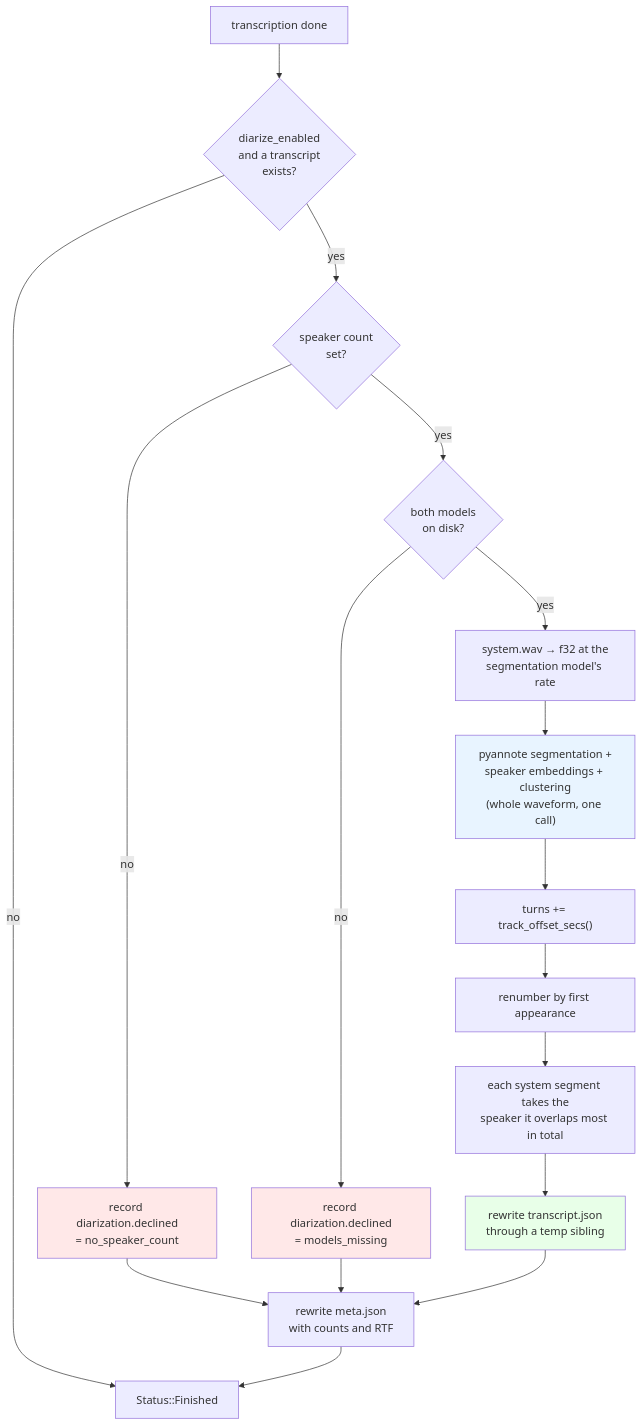
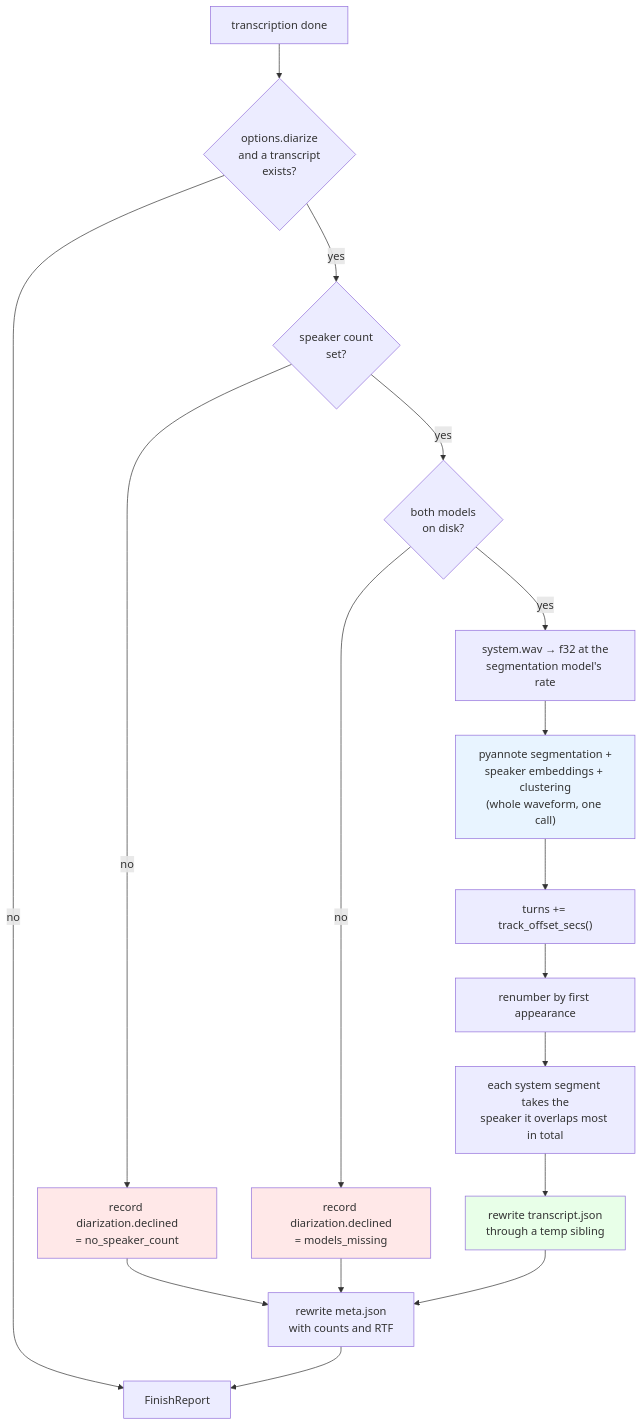
The ninth of 9 diagrams in docs/ARCHITECTURE.md (nfishel48/Jotter), drawn with Mermaid before and after one commit. The commit also changed other lines of this file and 80 other files, not shown here.

````diff
--- a/docs/ARCHITECTURE.md
+++ b/docs/ARCHITECTURE.md
@@ -414,24 +464,24 @@
 ```mermaid
 flowchart TB
-    S[transcription done] --> G{diarize_enabled<br/>and a transcript<br/>exists?}
-    G -- no --> F[Status::Finished]
+    S[transcription done] --> G{options.diarize<br/>and a transcript<br/>exists?}
+    G -- no --> F[FinishReport]
     G -- yes --> N{speaker count<br/>set?}
     N -- no --> D["record diarization.declined<br/>= no_speaker_count"]
     N -- yes --> M{both models<br/>on disk?}
     M -- no --> D2["record diarization.declined<br/>= models_missing"]
     M -- yes --> R["system.wav → f32 at the<br/>segmentation model's rate"]
     R --> P["pyannote segmentation +<br/>speaker embeddings + clustering<br/>(whole waveform, one call)"]
     P --> SH["turns += track_offset_secs()"]
     SH --> RN[renumber by first appearance]
     RN --> L["each system segment takes the<br/>speaker it overlaps most in total"]
     L --> W[rewrite transcript.json<br/>through a temp sibling]
     W --> MT[rewrite meta.json<br/>with counts and RTF]
     D --> MT
     D2 --> MT
     MT --> F
 
     style P fill:#e8f4ff
     style D fill:#ffe8e8
     style D2 fill:#ffe8e8
     style W fill:#e8ffe8
 ```
````
